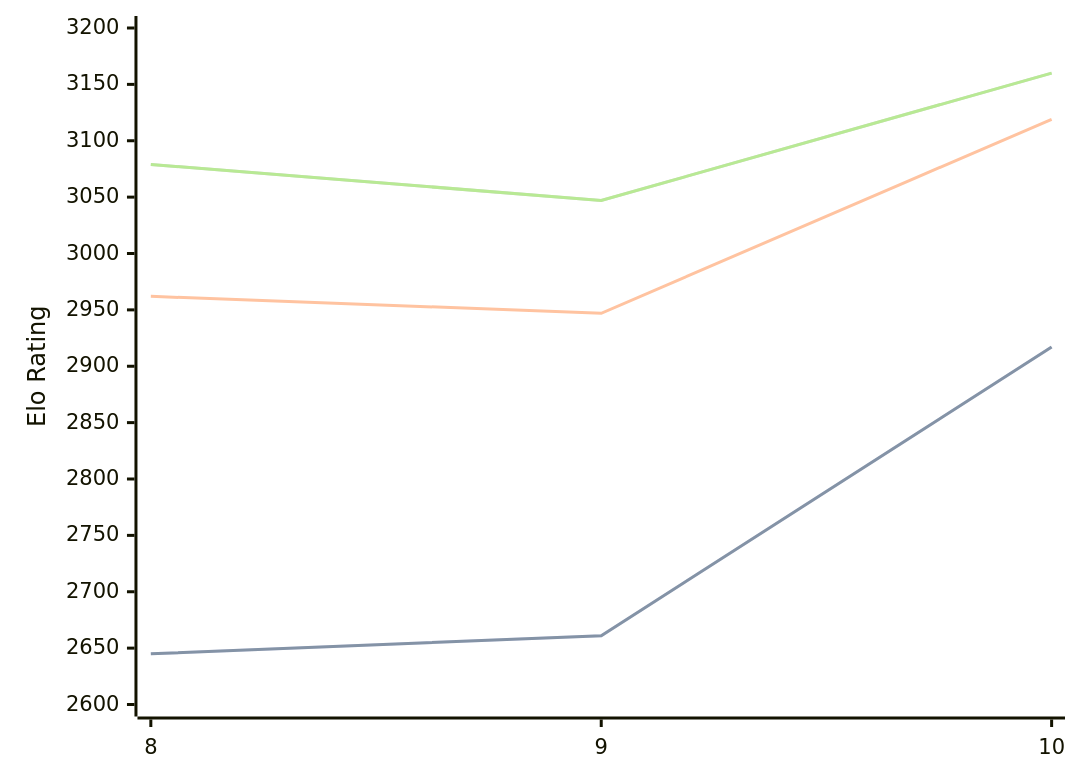
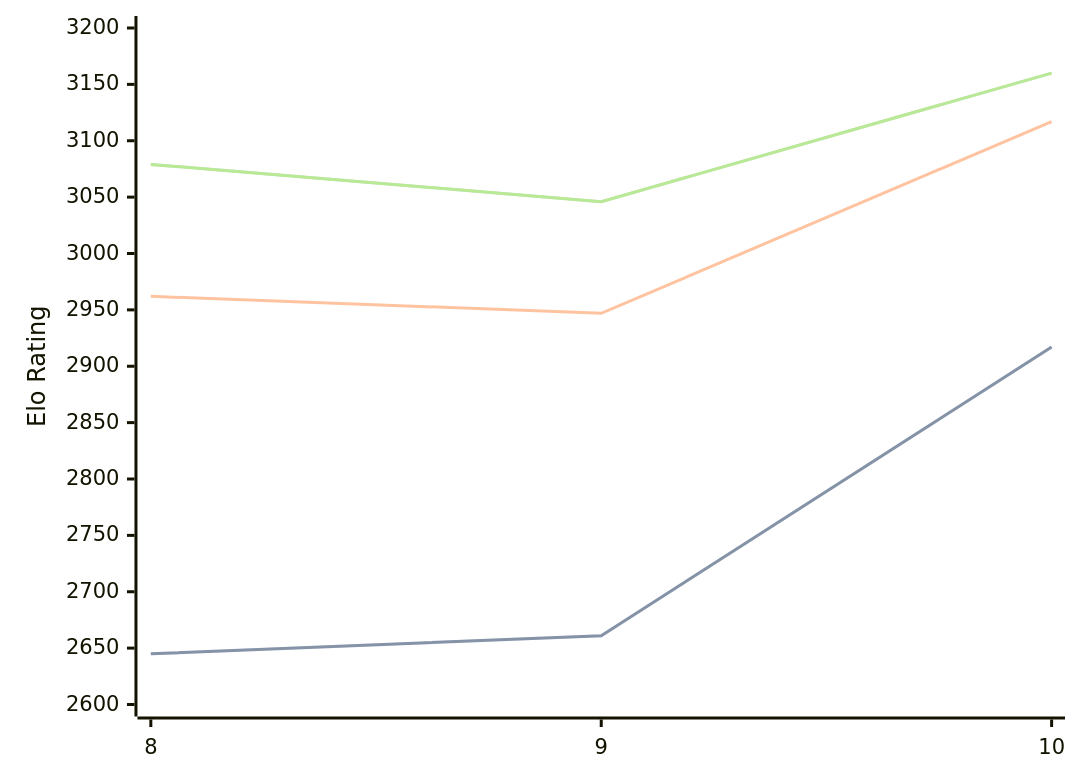
One commit to computer-chess-index/cci changed the diagram in engines/Lozza.md. Above: the diagram before and after it, drawn with Mermaid. The commit also changed other lines of this file, not shown here.

Commit message:
Update CCI Ratings (ELO VLTC) - 2026-03-01

````diff
--- a/engines/Lozza.md
+++ b/engines/Lozza.md
@@ -39,11 +39,11 @@
 ```mermaid
 %%{init: {"theme":"base","themeVariables":{"seriesColors:['#a3a3a3','#222221','#faa371']}}}%%
 xychart-beta
   x-axis ["8", "9", "10"]
   y-axis "Elo Rating" 2600 --> 3200
   line "STC (8.0+0.08s)" [2645, 2661, 2917]
   line "STC (8.0+0.08s)" [2645, 2661, 2917]
-  line "LTC (60.0+0.60s)" [2962, 2947, 3119]
-  line "VLTC (2m24s+1.12s)" [3079, 3047, 3160]
-  line "VLTC (2m24s+1.12s)" [3079, 3047, 3160]
+  line "LTC (60.0+0.60s)" [2962, 2947, 3117]
+  line "VLTC (2m24s+1.12s)" [3079, 3046, 3160]
+  line "VLTC (2m24s+1.12s)" [3079, 3046, 3160]
 ```
````
